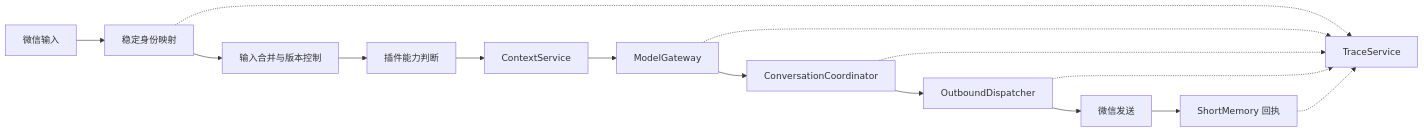
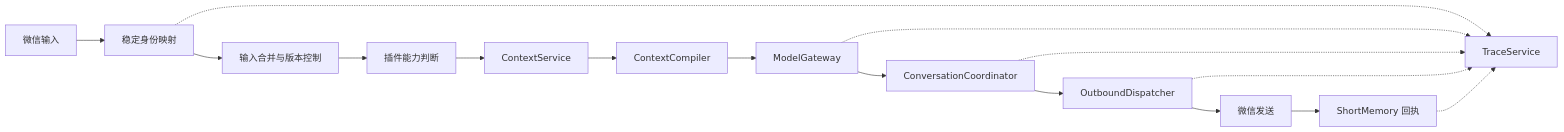
Before and after one commit to yan-gd/xiaoyou: the diagram in README.md, drawn with Mermaid. The commit also changed other lines of this file and 46 other files, not shown here.

````diff
--- a/README.md
+++ b/README.md
@@ -104,17 +118,18 @@
 ```mermaid
 flowchart LR
     A[微信输入] --> B[稳定身份映射]
     B --> C[输入合并与版本控制]
     C --> D[插件能力判断]
     D --> E[ContextService]
-    E --> F[ModelGateway]
+    E --> P[ContextCompiler]
+    P --> F[ModelGateway]
     F --> G[ConversationCoordinator]
     G --> H[OutboundDispatcher]
     H --> I[微信发送]
     I --> J[ShortMemory 回执]
     B -.-> K[TraceService]
     F -.-> K
     G -.-> K
     H -.-> K
     J -.-> K
 ```
````
